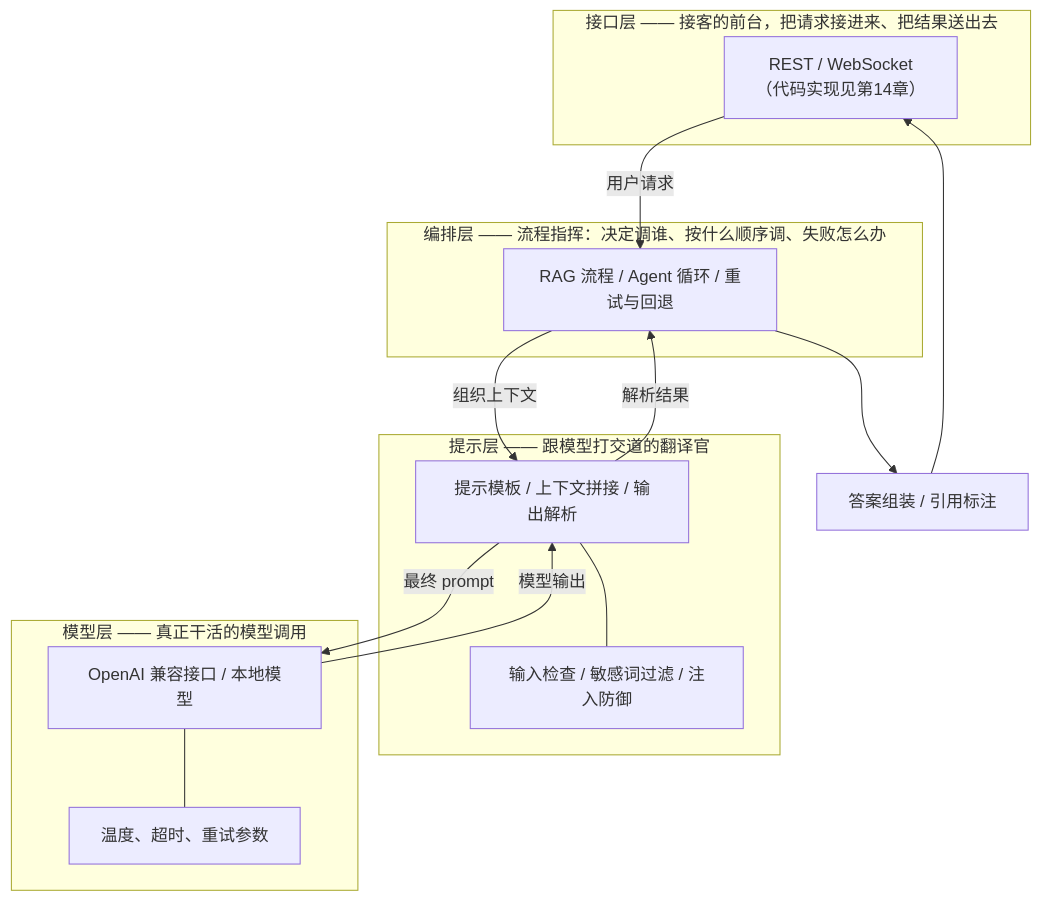
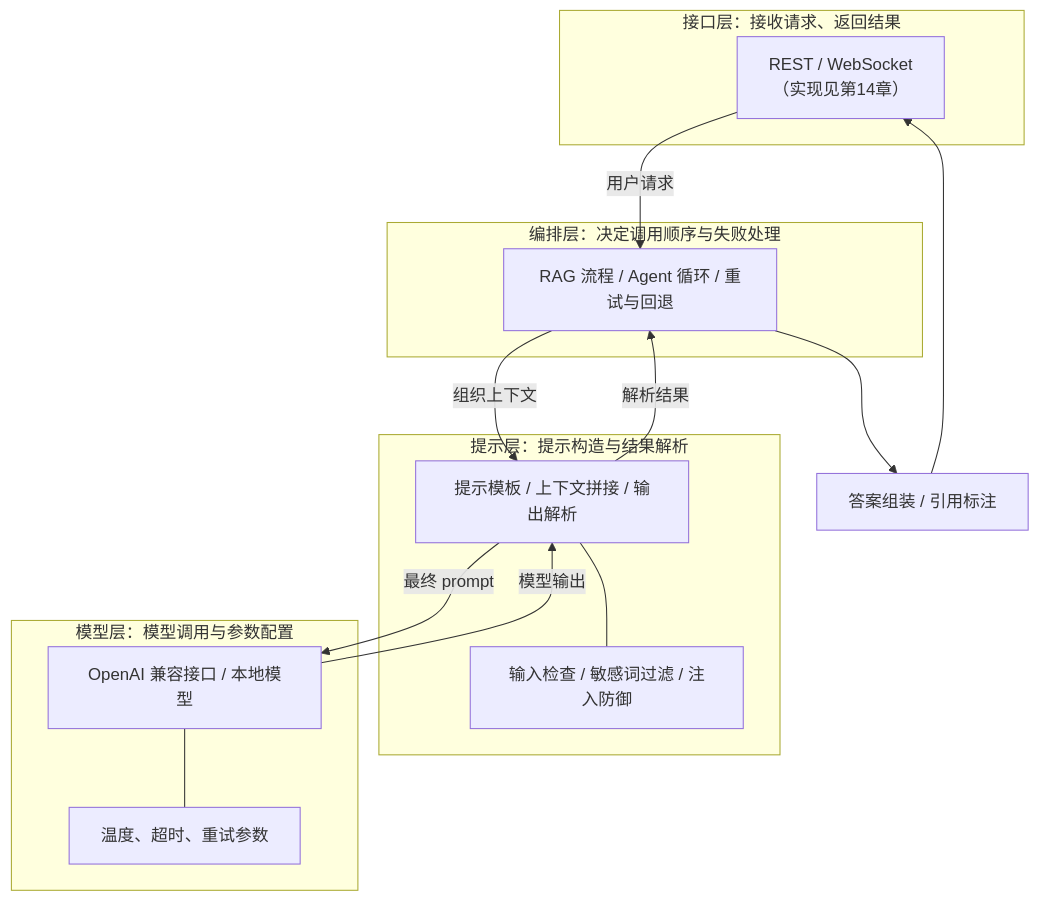
Before and after one commit to xxxAndlk/AI_Agent_Learning_path: the diagram in 13.AI系统架构设计/第01课_LLM应用架构/第01课.md, drawn with Mermaid. The commit also changed other lines of this file and 13 other files, not shown here.

````diff
--- a/13.AI系统架构设计/第01课_LLM应用架构/第01课.md
+++ b/13.AI系统架构设计/第01课_LLM应用架构/第01课.md
@@ -37,26 +35,26 @@
 ```mermaid
 flowchart TD
-    subgraph L4["接口层 —— 接客的前台，把请求接进来、把结果送出去"]
-        API["REST / WebSocket<br/>（代码实现见第14章）"]
+    subgraph L4["接口层：接收请求、返回结果"]
+        API["REST / WebSocket<br/>（实现见第14章）"]
     end
-    subgraph L3["编排层 —— 流程指挥：决定调谁、按什么顺序调、失败怎么办"]
+    subgraph L3["编排层：决定调用顺序与失败处理"]
         ORCH["RAG 流程 / Agent 循环 / 重试与回退"]
     end
-    subgraph L2["提示层 —— 跟模型打交道的翻译官"]
+    subgraph L2["提示层：提示构造与结果解析"]
         PROMPT["提示模板 / 上下文拼接 / 输出解析"]
         GUARD["输入检查 / 敏感词过滤 / 注入防御"]
         PROMPT --- GUARD
     end
-    subgraph L1["模型层 —— 真正干活的模型调用"]
+    subgraph L1["模型层：模型调用与参数配置"]
         MODEL["OpenAI 兼容接口 / 本地模型"]
         CFG["温度、超时、重试参数"]
         MODEL --- CFG
     end
-    API -->|"用户请求"| ORCH
-    ORCH -->|"组织上下文"| PROMPT
-    PROMPT -->|"最终 prompt"| MODEL
-    MODEL -->|"模型输出"| PROMPT
-    PROMPT -->|"解析结果"| ORCH
+    API -->|用户请求| ORCH
+    ORCH -->|组织上下文| PROMPT
+    PROMPT -->|最终 prompt| MODEL
+    MODEL -->|模型输出| PROMPT
+    PROMPT -->|解析结果| ORCH
     MERGE["答案组装 / 引用标注"]
     ORCH --> MERGE --> API
 ```
````
